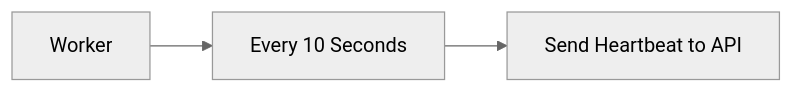
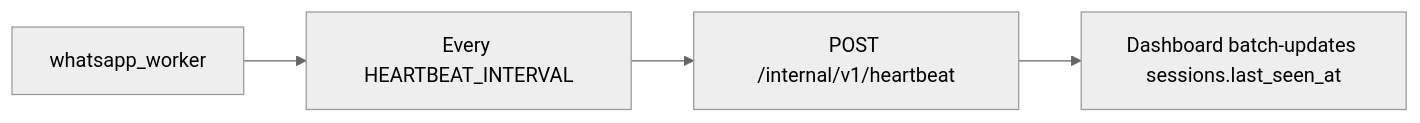
One commit to nexusmsg/nexus-oss changed the fourth of 7 diagrams in docs/flow.md. Above: the diagram before and after it, drawn with Mermaid (neutral theme). The commit also changed other lines of this file and 10 other files, not shown here.

Commit message:
docs: update architecture and handoff records

````diff
--- a/docs/flow.md
+++ b/docs/flow.md
@@ -86,7 +78,8 @@
 ```mermaid
 flowchart LR
 
-A[Worker]
---> B[Every 10 Seconds]
---> C[Send Heartbeat to API]
+A[whatsapp_worker]
+--> B[Every HEARTBEAT_INTERVAL]
+--> C[POST /internal/v1/heartbeat]
+--> D[Dashboard batch-updates sessions.last_seen_at]
 ```
````
